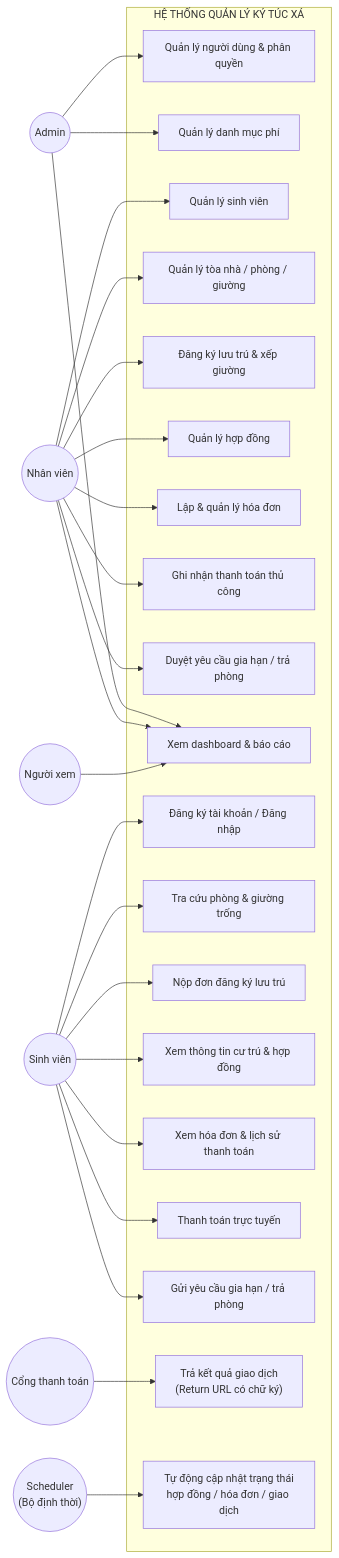
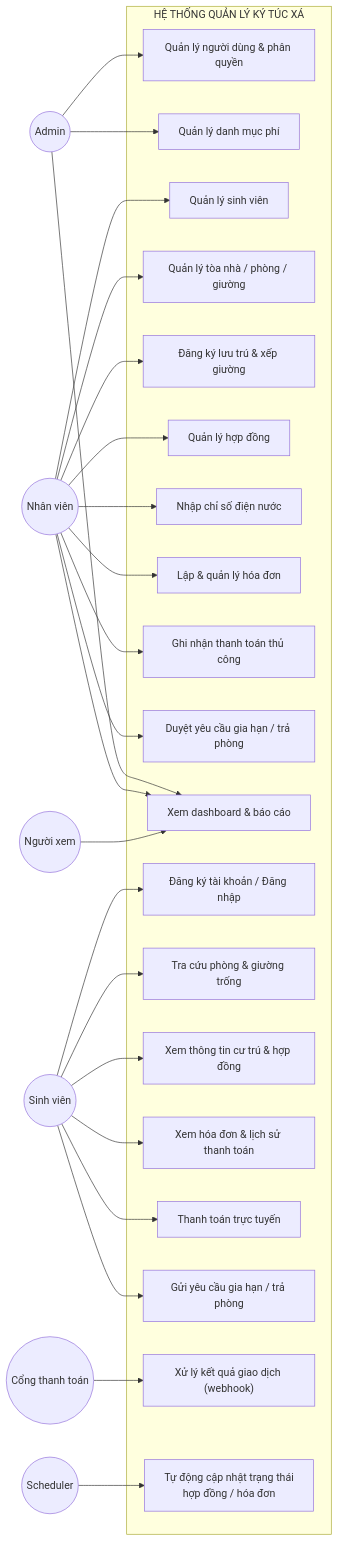
One commit to NguyenMinh205/FE_QuanLyKTX changed the diagram in docs/02-DAC-TA-YEU-CAU.md. Above: the diagram before and after it, drawn with Mermaid. The commit also changed other lines of this file and 45 other files, not shown here.

````diff
--- a/docs/02-DAC-TA-YEU-CAU.md
+++ b/docs/02-DAC-TA-YEU-CAU.md
@@ -28,53 +33,53 @@
 ```mermaid
 flowchart LR
     Admin(("Admin"))
     Staff(("Nhân viên"))
     Student(("Sinh viên"))
     Viewer(("Người xem"))
     Gateway(("Cổng thanh toán"))
-    Timer(("Scheduler<br/>(Bộ định thời)"))
+    Timer(("Scheduler"))
 
     subgraph SYS["HỆ THỐNG QUẢN LÝ KÝ TÚC XÁ"]
         U1["Quản lý người dùng & phân quyền"]
         U2["Quản lý danh mục phí"]
         U3["Quản lý sinh viên"]
         U4["Quản lý tòa nhà / phòng / giường"]
         U5["Đăng ký lưu trú & xếp giường"]
         U6["Quản lý hợp đồng"]
-        U7["Lập & quản lý hóa đơn"]
-        U8["Ghi nhận thanh toán thủ công"]
-        U9["Duyệt yêu cầu gia hạn / trả phòng"]
-        U10["Xem dashboard & báo cáo"]
-        U11["Đăng ký tài khoản / Đăng nhập"]
-        U12["Tra cứu phòng & giường trống"]
-        U13["Nộp đơn đăng ký lưu trú"]
+        U7["Nhập chỉ số điện nước"]
+        U8["Lập & quản lý hóa đơn"]
+        U9["Ghi nhận thanh toán thủ công"]
+        U10["Duyệt yêu cầu gia hạn / trả phòng"]
+        U11["Xem dashboard & báo cáo"]
+        U12["Đăng ký tài khoản / Đăng nhập"]
+        U13["Tra cứu phòng & giường trống"]
         U14["Xem thông tin cư trú & hợp đồng"]
         U15["Xem hóa đơn & lịch sử thanh toán"]
         U16["Thanh toán trực tuyến"]
         U17["Gửi yêu cầu gia hạn / trả phòng"]
-        U18["Trả kết quả giao dịch<br/>(Return URL có chữ ký)"]
-        U19["Tự động cập nhật trạng thái<br/>hợp đồng / hóa đơn / giao dịch"]
+        U18["Xử lý kết quả giao dịch (webhook)"]
+        U19["Tự động cập nhật trạng thái<br/>hợp đồng / hóa đơn"]
     end
 
     Admin --> U1
     Admin --> U2
-    Admin --> U10
+    Admin --> U11
     Staff --> U3
     Staff --> U4
     Staff --> U5
     Staff --> U6
     Staff --> U7
     Staff --> U8
     Staff --> U9
     Staff --> U10
-    Student --> U11
+    Staff --> U11
     Student --> U12
     Student --> U13
     Student --> U14
     Student --> U15
     Student --> U16
     Student --> U17
-    Viewer --> U10
+    Viewer --> U11
     Gateway --> U18
     Timer --> U19
 ```
````
